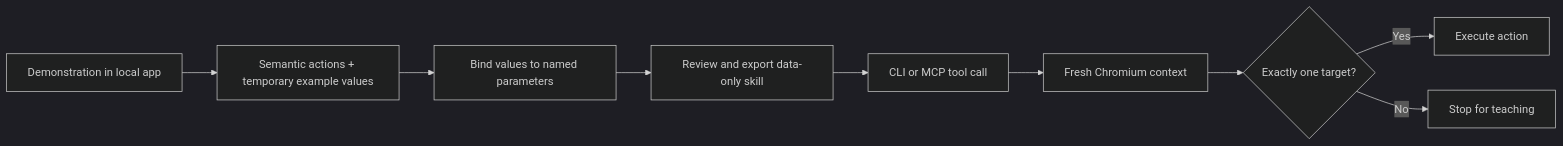
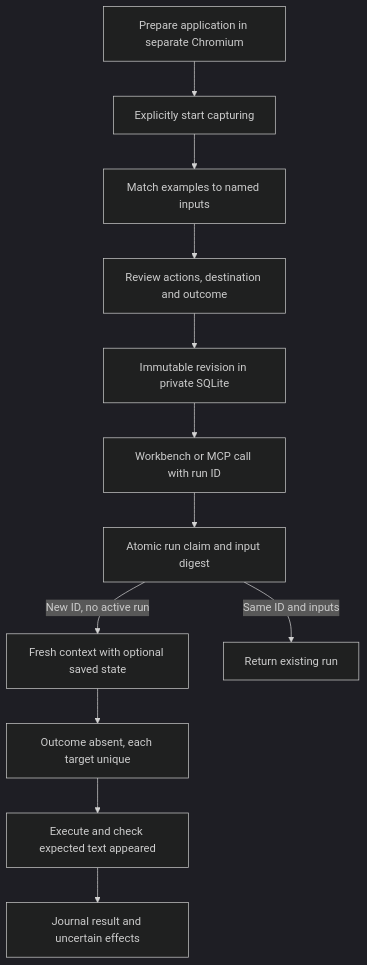
The diagram in docs/design.md (DevPatel3547/once-actions), drawn with Mermaid (dark theme) before and after one commit. The commit also changed other lines of this file and 35 other files, not shown here.

Commit message:
Release persistent browser workflow workbench with reviewed runs and MCP

````diff
--- a/docs/design.md
+++ b/docs/design.md
@@ -5,11 +9,14 @@
 ```mermaid
-flowchart LR
-    A[Demonstration in local app] --> B[Semantic actions + temporary example values]
-    B --> C[Bind values to named parameters]
-    C --> D[Review and export data-only skill]
-    D --> E[CLI or MCP tool call]
-    E --> F[Fresh Chromium context]
-    F --> G{Exactly one target?}
-    G -->|Yes| H[Execute action]
-    G -->|No| I[Stop for teaching]
+flowchart TD
+    A[Prepare application in separate Chromium] --> B[Explicitly start capturing]
+    B --> C[Match examples to named inputs]
+    C --> D[Review actions, destination and outcome]
+    D --> E[Immutable revision in private SQLite]
+    E --> F[Workbench or MCP call with run ID]
+    F --> G[Atomic run claim and input digest]
+    G -->|New ID, no active run| H[Fresh context with optional saved state]
+    G -->|Same ID and inputs| I[Return existing run]
+    H --> J[Outcome absent, each target unique]
+    J --> K[Execute and check expected text appeared]
+    K --> L[Journal result and uncertain effects]
 ```
````
